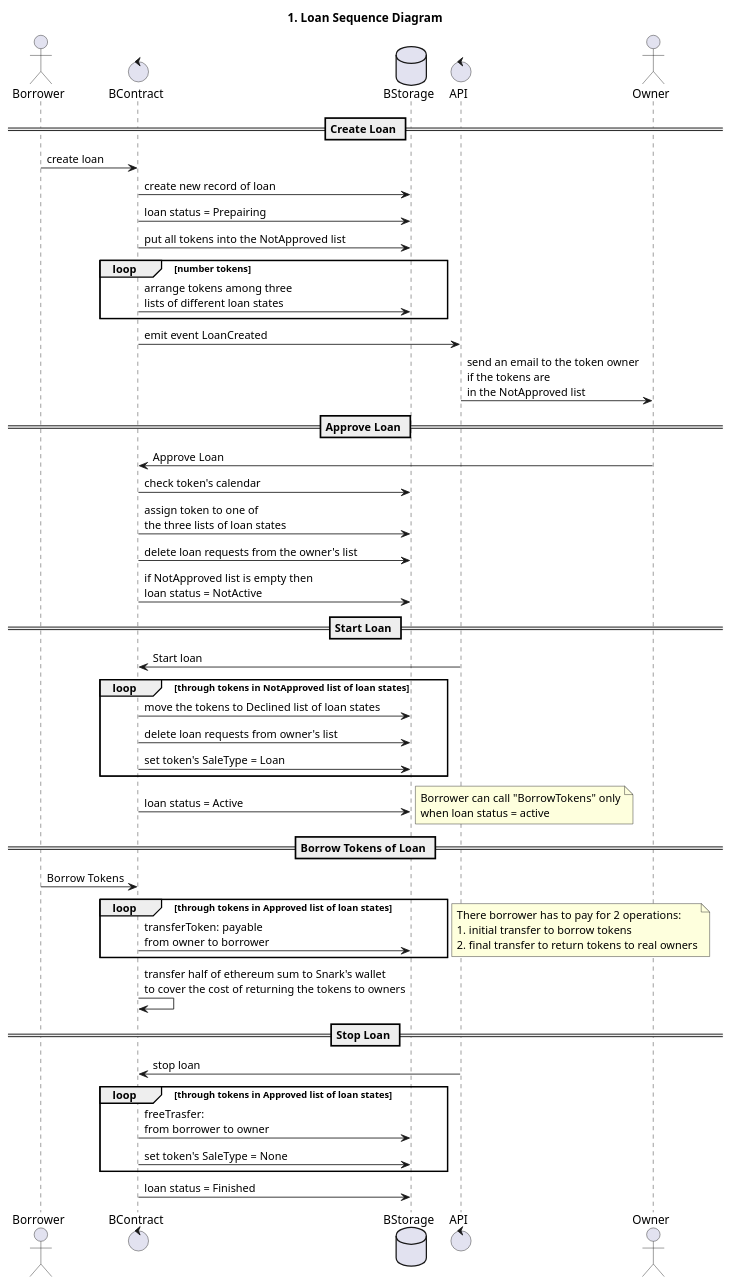
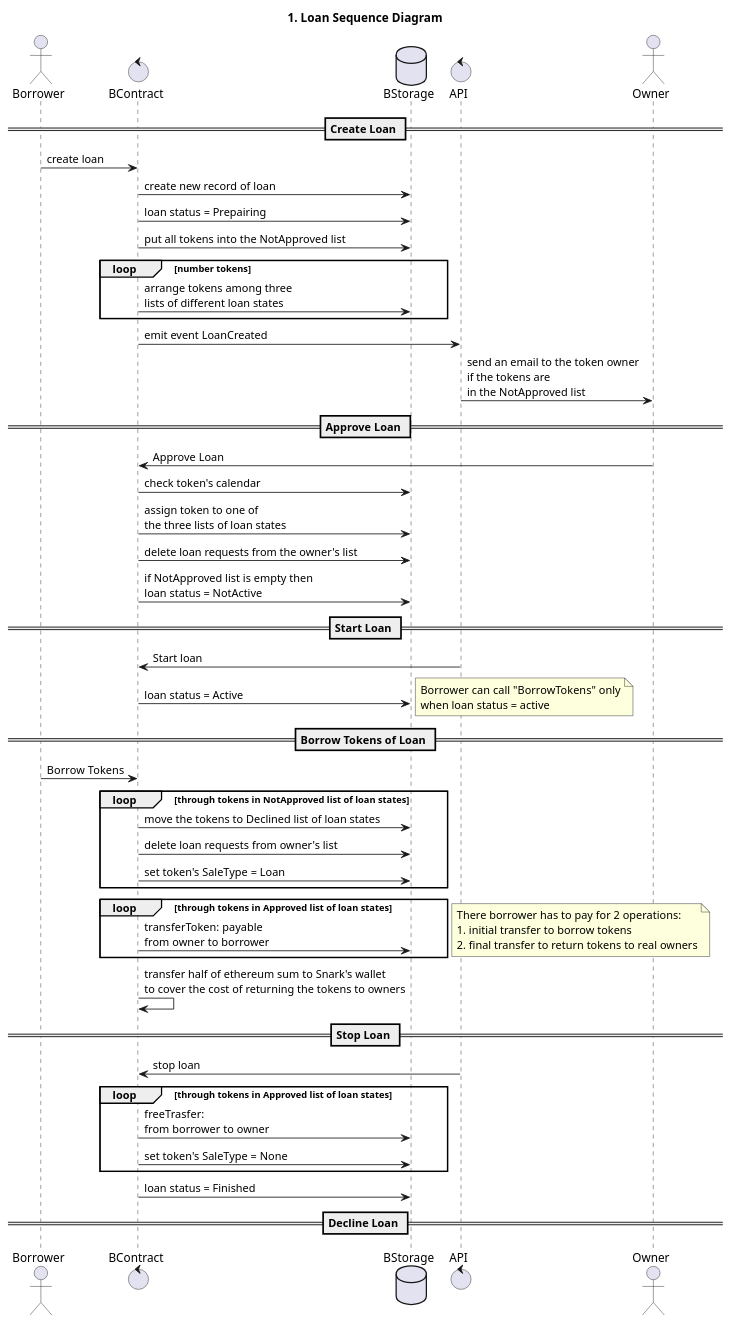
One commit to snarkdotart/snarkcontract changed the diagram in diagrams/src/1. Sequence - Loan Creation.wsd. Above: the diagram before and after it, drawn with PlantUML. The commit also changed 1 other file, not shown here.

Commit message:
Update diagrams

```diff
--- a/diagrams/src/1. Sequence - Loan Creation.wsd
+++ b/diagrams/src/1. Sequence - Loan Creation.wsd
@@ -1,70 +1,74 @@
 @startuml
 
 title 1. Loan Sequence Diagram
 
 actor Borrower
 control BContract
 database BStorage
 control API
 actor Owner
 
 == Create Loan ==
 
 Borrower -> BContract: create loan
 BContract -> BStorage: create new record of loan
 BContract -> BStorage: loan status = Prepairing
 BContract -> BStorage: put all tokens into the NotApproved list
 
 loop number tokens
   BContract -> BStorage: arrange tokens among three\nlists of different loan states
 end
 
 BContract -> API: emit event LoanCreated
 API -> Owner: send an email to the token owner\nif the tokens are\nin the NotApproved list
 
 == Approve Loan ==
 
 Owner -> BContract: Approve Loan
 BContract -> BStorage: check token's calendar
 BContract -> BStorage: assign token to one of\nthe three lists of loan states
 BContract -> BStorage: delete loan requests from the owner's list
 BContract -> BStorage: if NotApproved list is empty then\nloan status = NotActive
 
 == Start Loan ==
 
 API -> BContract: Start loan
-loop through tokens in NotApproved list of loan states
-  BContract -> BStorage: move the tokens to Declined list of loan states
-  BContract -> BStorage: delete loan requests from owner's list
-  BContract -> BStorage: set token's SaleType = Loan
-end
 BContract -> BStorage: loan status = Active
 note right
   Borrower can call "BorrowTokens" only
   when loan status = active
 end note 
 
 
 == Borrow Tokens of Loan ==
 
 Borrower -> BContract: Borrow Tokens
+loop through tokens in NotApproved list of loan states
+  BContract -> BStorage: move the tokens to Declined list of loan states
+  BContract -> BStorage: delete loan requests from owner's list
+  BContract -> BStorage: set token's SaleType = Loan
+end
 loop through tokens in Approved list of loan states
   BContract -> BStorage: transferToken: payable\nfrom owner to borrower 
 end
 note right
   There borrower has to pay for 2 operations:
   1. initial transfer to borrow tokens
   2. final transfer to return tokens to real owners
 end note
 BContract -> BContract: transfer half of ethereum sum to Snark's wallet\nto cover the cost of returning the tokens to owners
 
 == Stop Loan ==
 
 API -> BContract: stop loan
 loop through tokens in Approved list of loan states
   BContract -> BStorage: freeTrasfer: \nfrom borrower to owner
   BContract -> BStorage: set token's SaleType = None
 end
 BContract -> BStorage: loan status = Finished
 
+== Decline Loan ==
+
+
+
 @enduml
```
